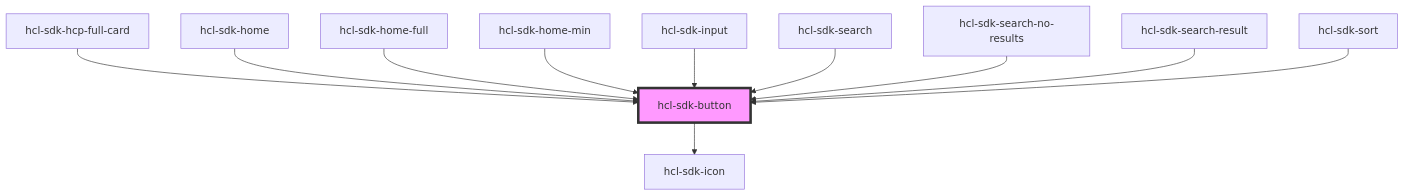
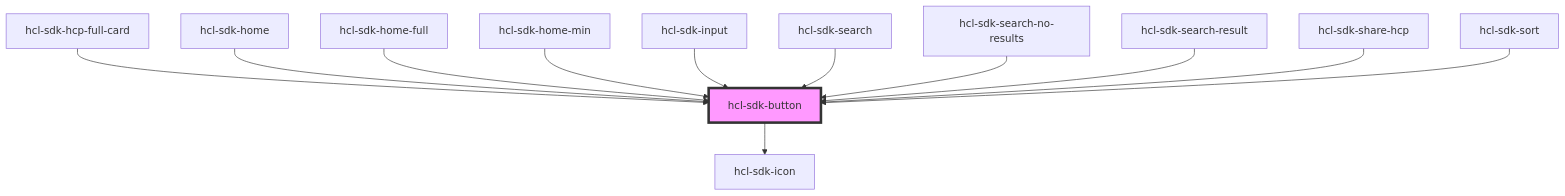
Before and after one commit to hcl-sdk/HealthCareLocatorWebSDK: the diagram in packages/hcl-sdk-web-ui/docs/components/ui-kits/hcl-sdk-button/readme.md, drawn with Mermaid. The commit also changed other lines of this file and 17 other files, not shown here.

Commit message:
fix(share): fix ui changes for share hcp modal

````diff
--- a/packages/hcl-sdk-web-ui/docs/components/ui-kits/hcl-sdk-button/readme.md
+++ b/packages/hcl-sdk-web-ui/docs/components/ui-kits/hcl-sdk-button/readme.md
@@ -47,14 +48,15 @@
 ```mermaid
 graph TD;
   hcl-sdk-button --> hcl-sdk-icon
   hcl-sdk-hcp-full-card --> hcl-sdk-button
   hcl-sdk-home --> hcl-sdk-button
   hcl-sdk-home-full --> hcl-sdk-button
   hcl-sdk-home-min --> hcl-sdk-button
   hcl-sdk-input --> hcl-sdk-button
   hcl-sdk-search --> hcl-sdk-button
   hcl-sdk-search-no-results --> hcl-sdk-button
   hcl-sdk-search-result --> hcl-sdk-button
+  hcl-sdk-share-hcp --> hcl-sdk-button
   hcl-sdk-sort --> hcl-sdk-button
   style hcl-sdk-button fill:#f9f,stroke:#333,stroke-width:4px
 ```
````
